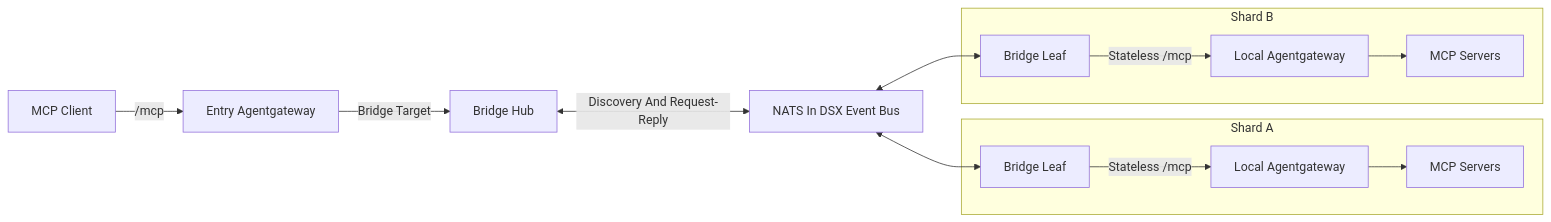
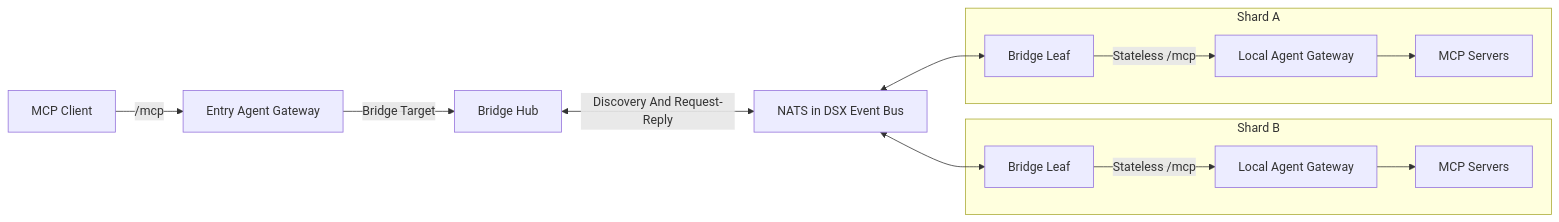
One commit to NVIDIA/dsx-exchange changed the second of 2 diagrams in docs/agent-gateway/architecture.mdx. Above: the diagram before and after it, drawn with Mermaid. The commit also changed other lines of this file and 12 other files, not shown here.

````diff
--- a/docs/agent-gateway/architecture.mdx
+++ b/docs/agent-gateway/architecture.mdx
@@ -76,19 +76,19 @@
 ```mermaid
 flowchart LR
-    client["MCP Client"] -->|"/mcp"| entry["Entry Agentgateway"]
+    client["MCP Client"] -->|"/mcp"| entry["Entry Agent Gateway"]
     entry -->|"Bridge Target"| hub["Bridge Hub"]
-    hub <-->|"Discovery And Request-Reply"| nats["NATS In DSX Event Bus"]
+    hub <-->|"Discovery And Request-Reply"| nats["NATS in DSX Event Bus"]
+
+    subgraph shardB["Shard B"]
+        leafB["Bridge Leaf"] -->|"Stateless /mcp"| gatewayB["Local Agent Gateway"]
+        gatewayB --> serversB["MCP Servers"]
+    end
 
     subgraph shardA["Shard A"]
-        leafA["Bridge Leaf"] -->|"Stateless /mcp"| gatewayA["Local Agentgateway"]
+        leafA["Bridge Leaf"] -->|"Stateless /mcp"| gatewayA["Local Agent Gateway"]
         gatewayA --> serversA["MCP Servers"]
-    end
-
-    subgraph shardB["Shard B"]
-        leafB["Bridge Leaf"] -->|"Stateless /mcp"| gatewayB["Local Agentgateway"]
-        gatewayB --> serversB["MCP Servers"]
     end
 
     nats <--> leafA
     nats <--> leafB
 ```
````
